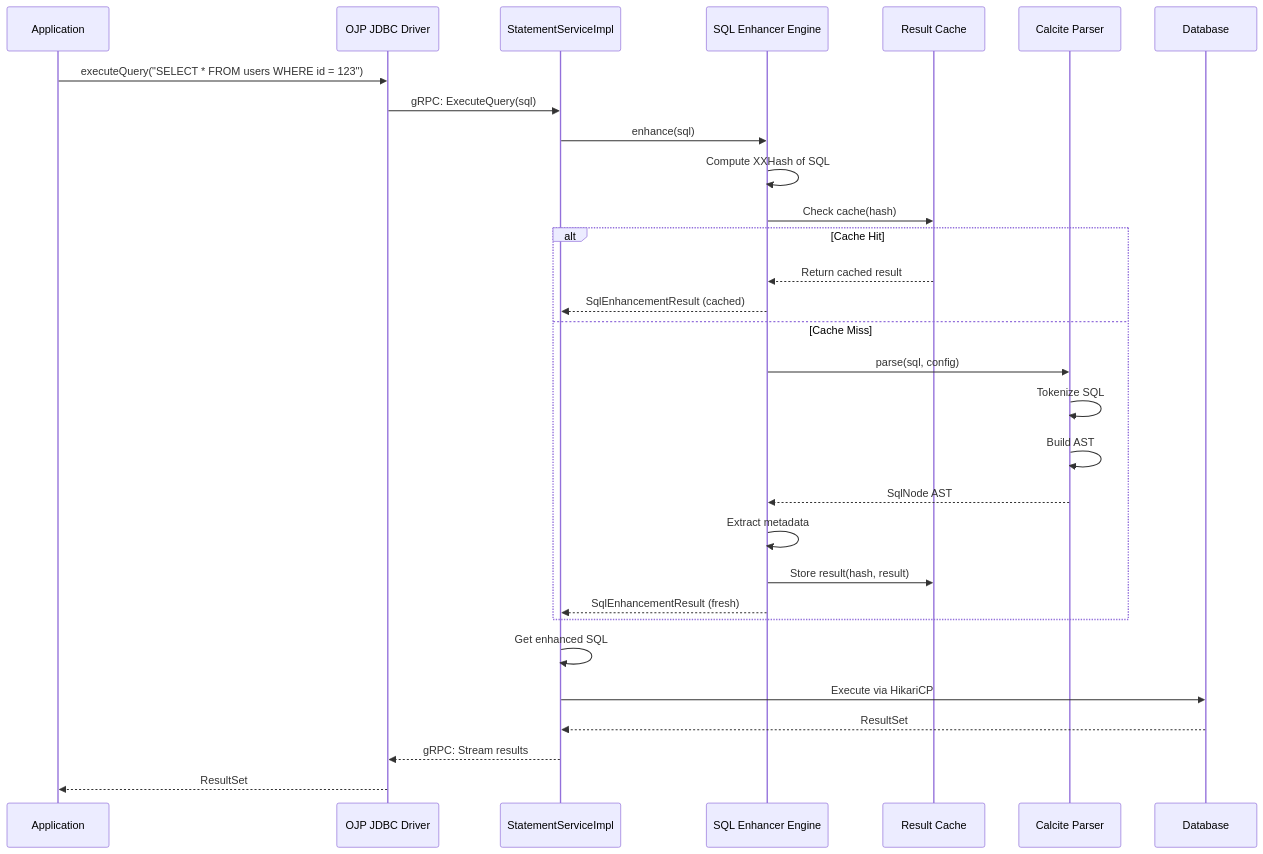
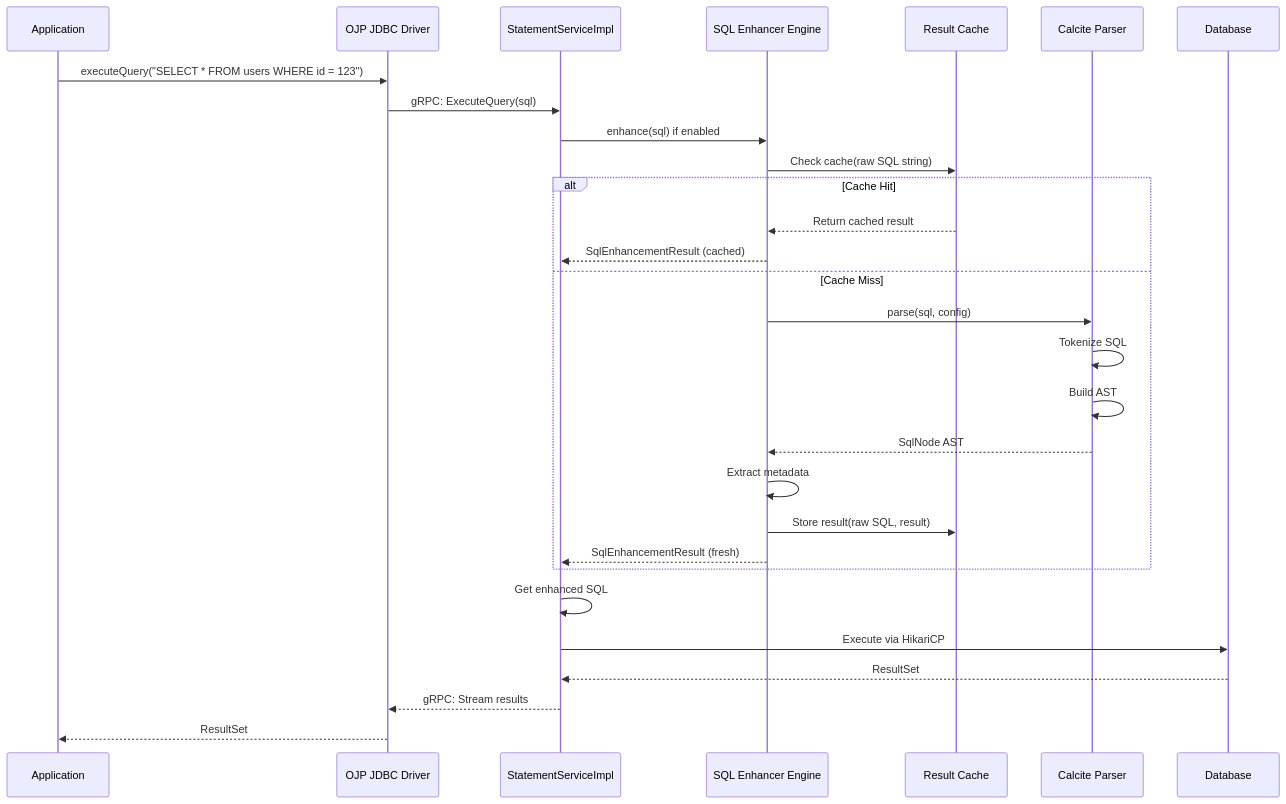
The second of 2 diagrams in documents/articles/calcite-sql-enhancer-deep-dive.md (Open-JDBC-Proxy/ojp), drawn with Mermaid before and after one commit. The commit also changed other lines of this file, not shown here.

Commit message:
Address feedback on Calcite article: remove XXHash, clarify implementation status, add sources

````diff
--- a/documents/articles/calcite-sql-enhancer-deep-dive.md
+++ b/documents/articles/calcite-sql-enhancer-deep-dive.md
@@ -367,36 +242,35 @@
 ```mermaid
 sequenceDiagram
     participant App as Application
     participant Driver as OJP JDBC Driver
     participant Service as StatementServiceImpl
     participant Enhancer as SQL Enhancer Engine
     participant Cache as Result Cache
     participant Parser as Calcite Parser
     participant DB as Database
     
     App->>Driver: executeQuery("SELECT * FROM users WHERE id = 123")
     Driver->>Service: gRPC: ExecuteQuery(sql)
-    Service->>Enhancer: enhance(sql)
+    Service->>Enhancer: enhance(sql) if enabled
     
-    Enhancer->>Enhancer: Compute XXHash of SQL
-    Enhancer->>Cache: Check cache(hash)
+    Enhancer->>Cache: Check cache(raw SQL string)
     
     alt Cache Hit
         Cache-->>Enhancer: Return cached result
         Enhancer-->>Service: SqlEnhancementResult (cached)
     else Cache Miss
         Enhancer->>Parser: parse(sql, config)
         Parser->>Parser: Tokenize SQL
         Parser->>Parser: Build AST
         Parser-->>Enhancer: SqlNode AST
         Enhancer->>Enhancer: Extract metadata
-        Enhancer->>Cache: Store result(hash, result)
+        Enhancer->>Cache: Store result(raw SQL, result)
         Enhancer-->>Service: SqlEnhancementResult (fresh)
     end
     
     Service->>Service: Get enhanced SQL
     Service->>DB: Execute via HikariCP
     DB-->>Service: ResultSet
     Service-->>Driver: gRPC: Stream results
     Driver-->>App: ResultSet
 ```
````
